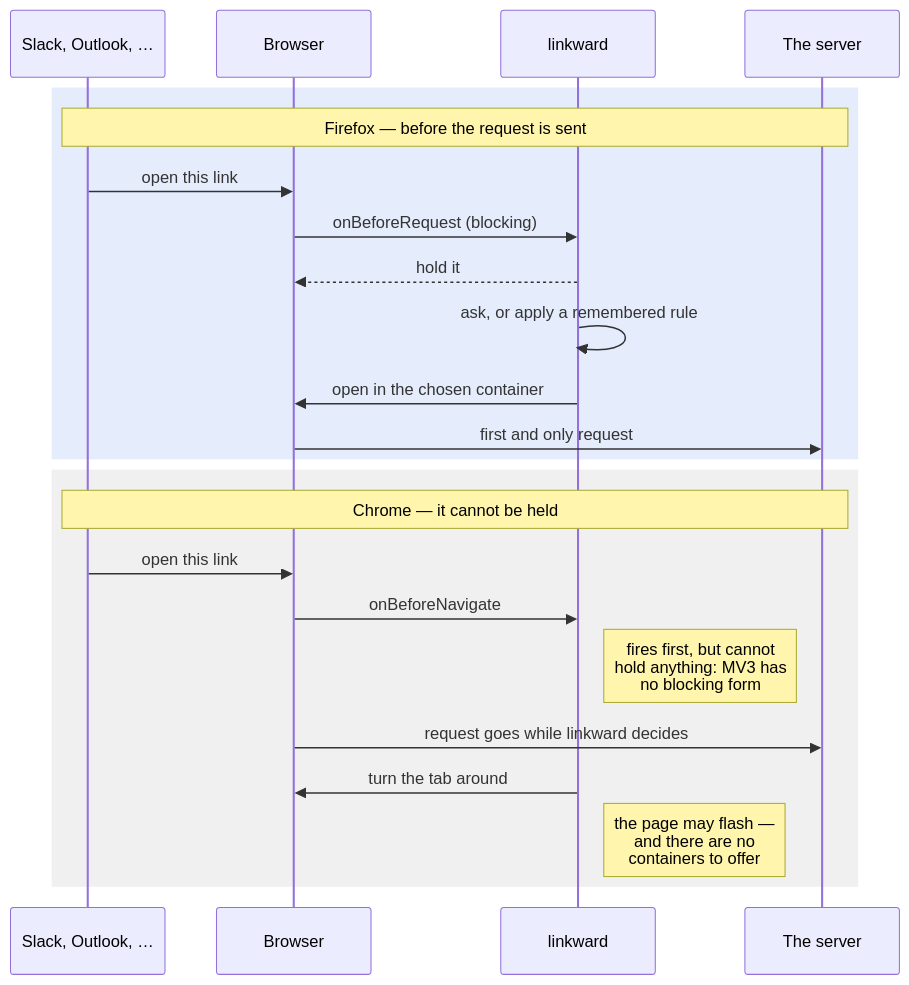
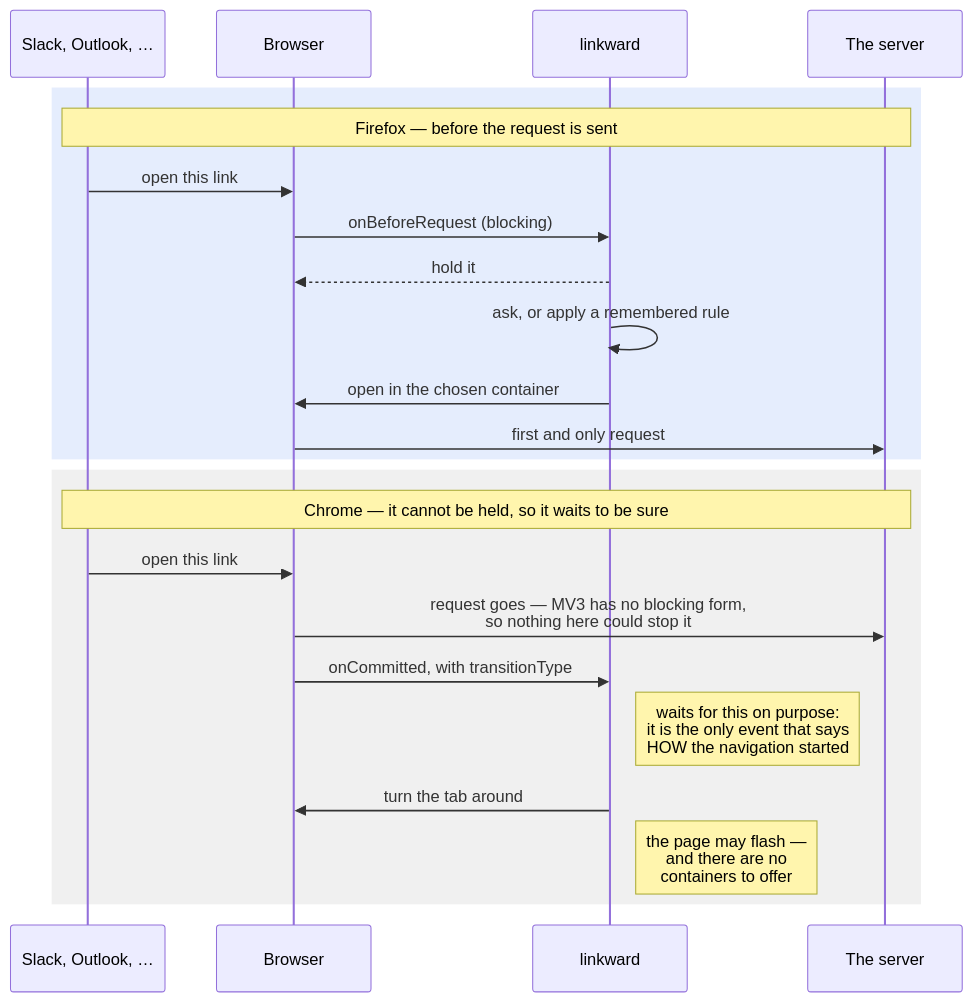
One commit to sapn95/linkward changed the third of 4 diagrams in README.md. Above: the diagram before and after it, drawn with Mermaid. The commit also changed other lines of this file and 9 other files, not shown here.

First line of the commit message:
fix(chrome): take the browser's own word for how a navigation started (#33)

````diff
--- a/README.md
+++ b/README.md
@@ -168,27 +187,27 @@
 ```mermaid
 sequenceDiagram
     participant App as Slack, Outlook, …
     participant B as Browser
     participant L as linkward
     participant S as The server
 
     rect rgba(47, 111, 235, 0.12)
     Note over App,S: Firefox — before the request is sent
     App->>B: open this link
     B->>L: onBeforeRequest (blocking)
     L-->>B: hold it
     L->>L: ask, or apply a remembered rule
     L->>B: open in the chosen container
     B->>S: first and only request
     end
 
     rect rgba(128, 128, 128, 0.12)
-    Note over App,S: Chrome — it cannot be held
+    Note over App,S: Chrome — it cannot be held, so it waits to be sure
     App->>B: open this link
-    B->>L: onBeforeNavigate
-    Note right of L: fires first, but cannot<br/>hold anything: MV3 has<br/>no blocking form
-    B->>S: request goes while linkward decides
+    B->>S: request goes — MV3 has no blocking form,<br/>so nothing here could stop it
+    B->>L: onCommitted, with transitionType
+    Note right of L: waits for this on purpose:<br/>it is the only event that says<br/>HOW the navigation started
     L->>B: turn the tab around
     Note right of L: the page may flash —<br/>and there are no<br/>containers to offer
     end
 ```
````
